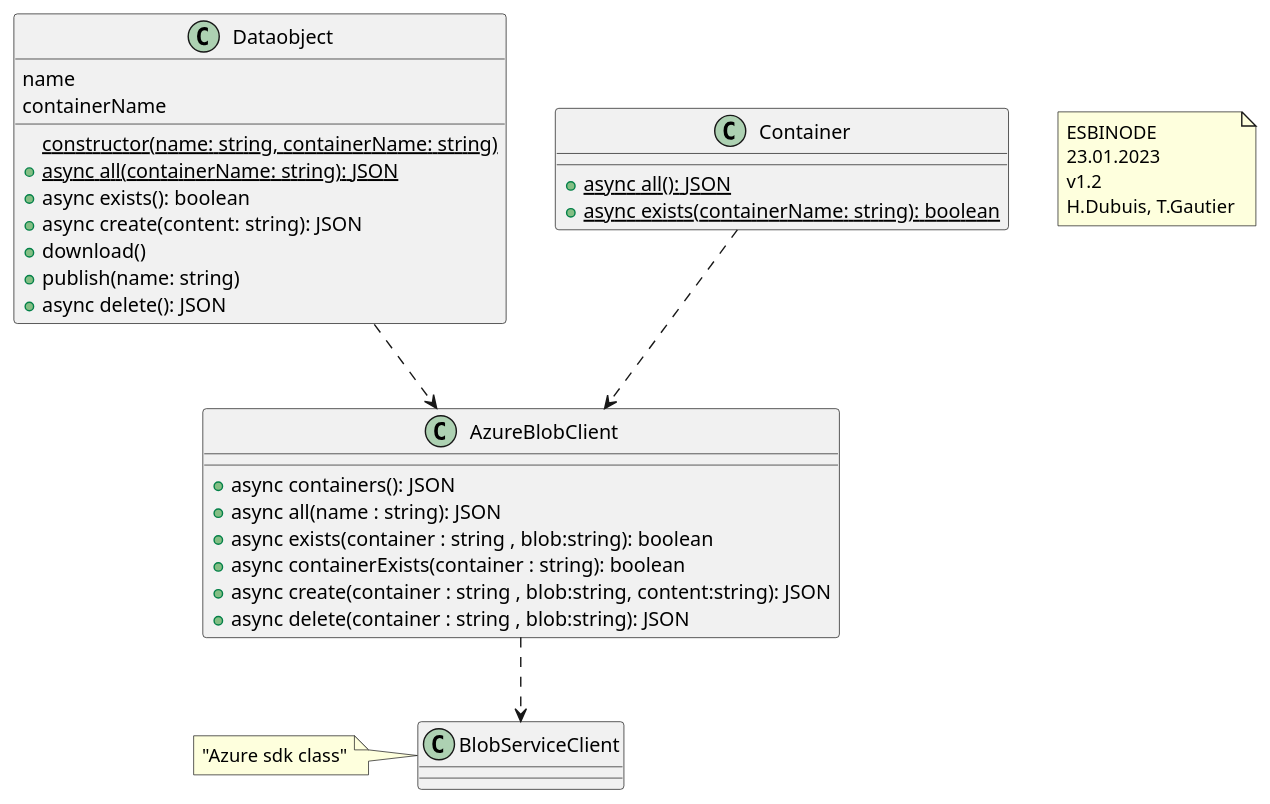
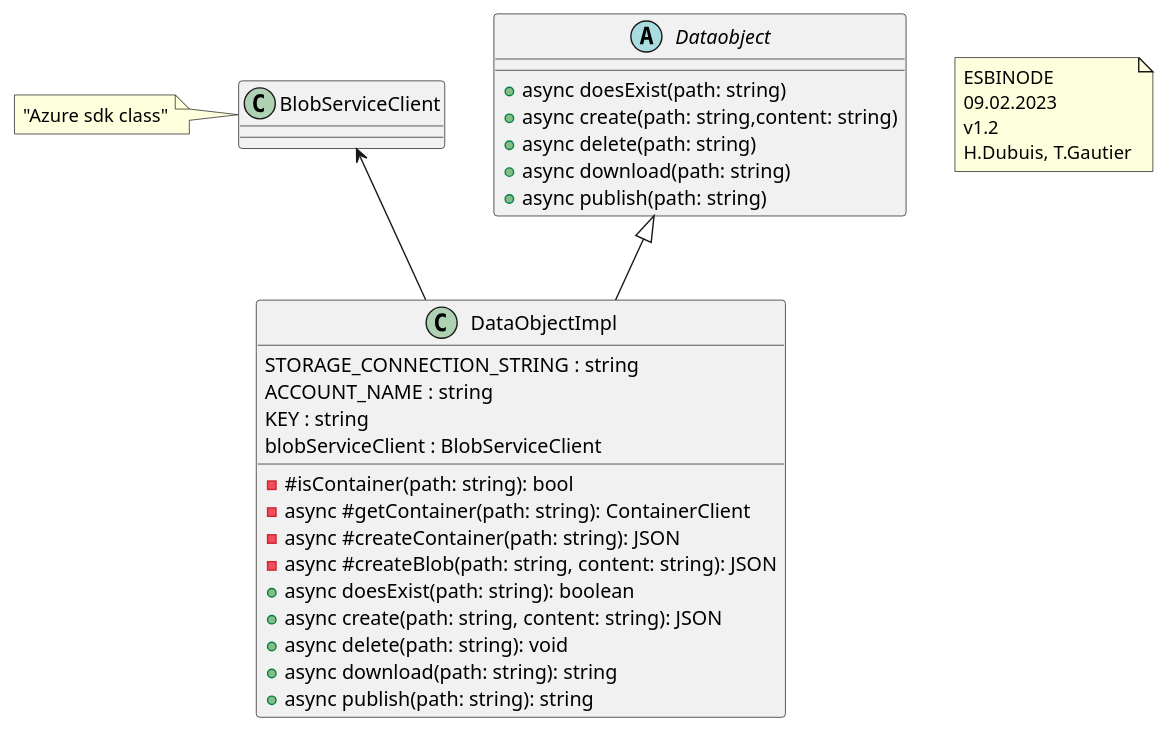
Before and after one commit to CPNV-ES-BI/BI_NODE_AZURE: the diagram in doc/interface.pu, drawn with PlantUML.

Commit message:
update diagram

```diff
--- a/doc/interface.pu
+++ b/doc/interface.pu
@@ -1,43 +1,41 @@
 @startuml BI-Azure-node
 
 note as n1 
   ESBINODE
-  23.01.2023
+  09.02.2023
   v1.2
   H.Dubuis, T.Gautier
 end note
 
 class BlobServiceClient{}
 note left: "Azure sdk class"
 
-class AzureBlobClient{
-  + async containers(): JSON
-  + async all(name : string): JSON
-  + async exists(container : string , blob:string): boolean
-  + async containerExists(container : string): boolean
-  + async create(container : string , blob:string, content:string): JSON
-  + async delete(container : string , blob:string): JSON
+class DataObjectImpl{
+  STORAGE_CONNECTION_STRING : string
+  ACCOUNT_NAME : string
+  KEY : string
+  blobServiceClient : BlobServiceClient
+  - #isContainer(path: string): bool
+  - async #getContainer(path: string): ContainerClient
+  - async #createContainer(path: string): JSON
+  - async #createBlob(path: string, content: string): JSON
+  + async doesExist(path: string): boolean
+  + async create(path: string, content: string): JSON
+  + async delete(path: string): void
+  + async download(path: string): string
+  + async publish(path: string): string
 }
 
-class Dataobject{
-  name
-  containerName
-  {static} constructor(name: string, containerName: string)
-  {static} + async all(containerName: string): JSON
-  + async exists(): boolean
-  + async create(content: string): JSON
-  + download()
-  + publish(name: string)
-  + async delete(): JSON
+abstract Dataobject{
+  + async doesExist(path: string)
+  + async create(path: string,content: string)
+  + async delete(path: string)
+  + async download(path: string)
+  + async publish(path: string)
 }
 
-class Container{
-  {static} + async all(): JSON
-  {static} + async exists(containerName: string): boolean
-}
 
-Dataobject..>AzureBlobClient
-Container..>AzureBlobClient
-AzureBlobClient..>BlobServiceClient
+BlobServiceClient <-- DataObjectImpl
+Dataobject <|-- DataObjectImpl
 
 @enduml
```
